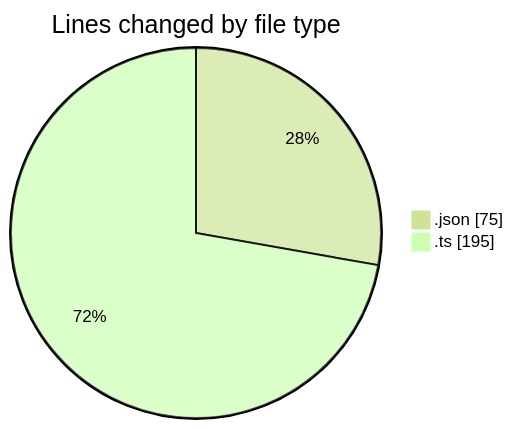
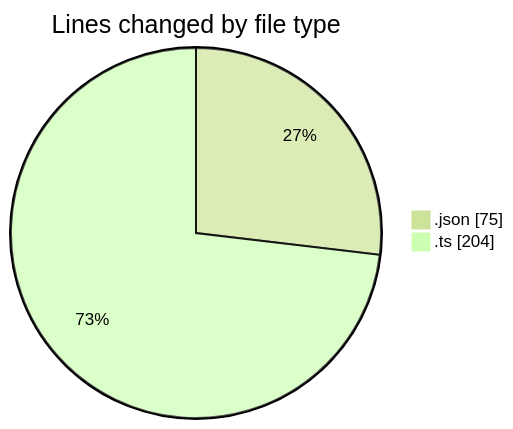
Before and after one commit to momahboobian/code-tracking: the first of 2 diagrams in 2026-04-21/ise-web-ofcom/README.md, drawn with Mermaid (forest theme). The commit also changed other lines of this file and 1 other file, not shown here.

````diff
--- a/2026-04-21/ise-web-ofcom/README.md
+++ b/2026-04-21/ise-web-ofcom/README.md
@@ -23,6 +23,6 @@
 ```mermaid
 pie showData
 title Lines changed by file type
 ".json" : 75
-".ts" : 195
+".ts" : 204
 ```
````
